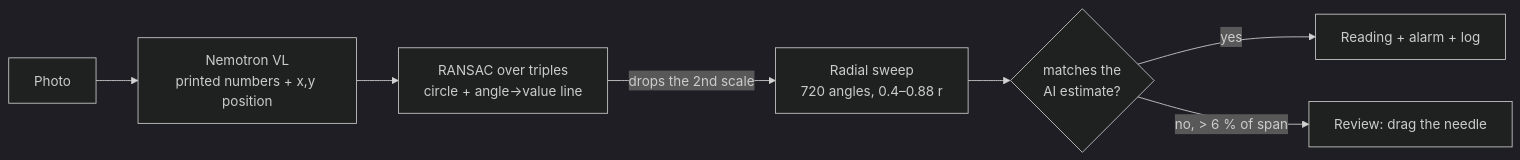
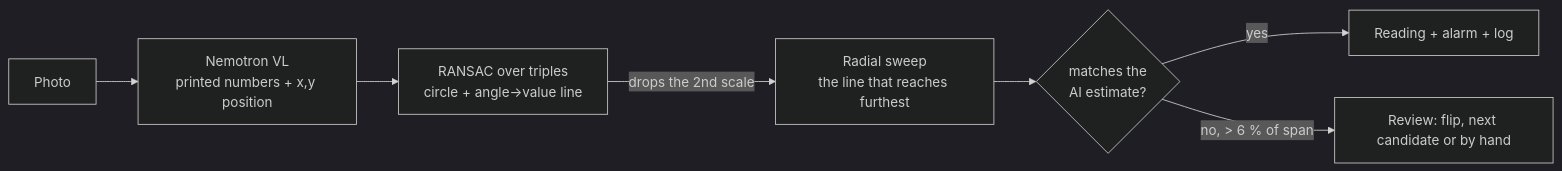
Before and after one commit to JSNN15/lector: the diagram in README.en.md, drawn with Mermaid (dark theme). The commit also changed other lines of this file and 2 other files, not shown here.

````diff
--- a/README.en.md
+++ b/README.en.md
@@ -26,9 +26,9 @@
 ```mermaid
 flowchart LR
     A[Photo] --> B["Nemotron VL<br/>printed numbers + x,y position"]
     B --> C["RANSAC over triples<br/>circle + angle→value line"]
-    C -->|drops the 2nd scale| D["Radial sweep<br/>720 angles, 0.4–0.88 r"]
+    C -->|drops the 2nd scale| D["Radial sweep<br/>the line that reaches furthest"]
     D --> E{matches the<br/>AI estimate?}
     E -->|yes| F[Reading + alarm + log]
-    E -->|no, > 6 % of span| G[Review: drag the needle]
+    E -->|no, > 6 % of span| G[Review: flip, next candidate or by hand]
 ```
````
